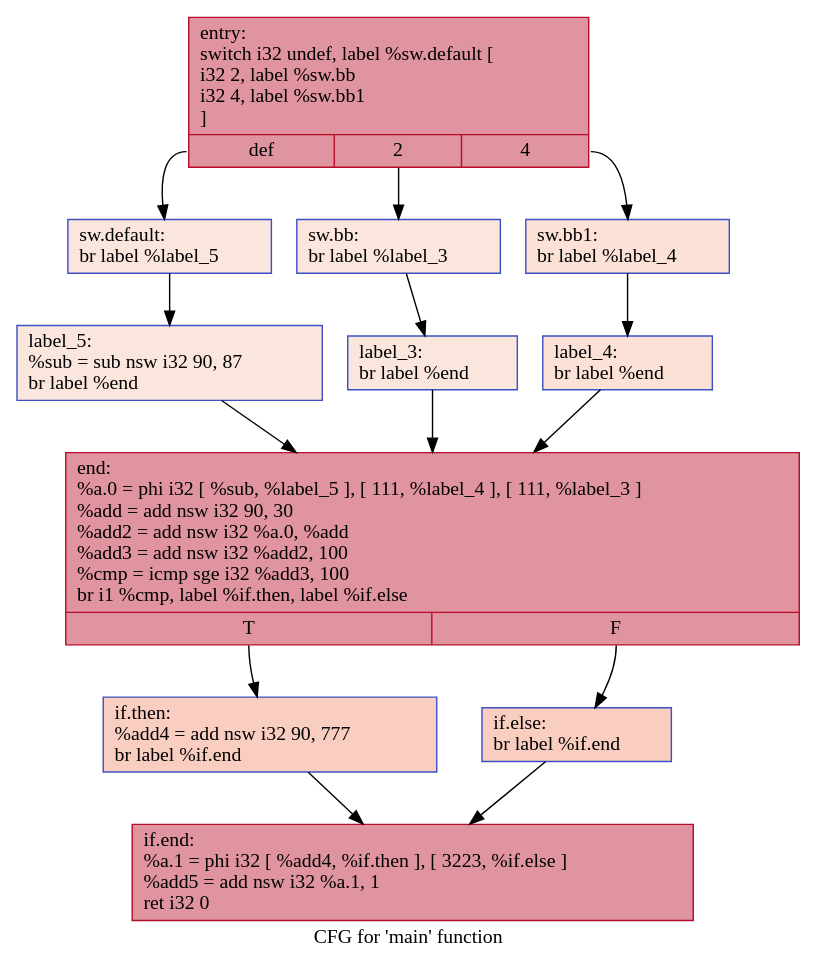
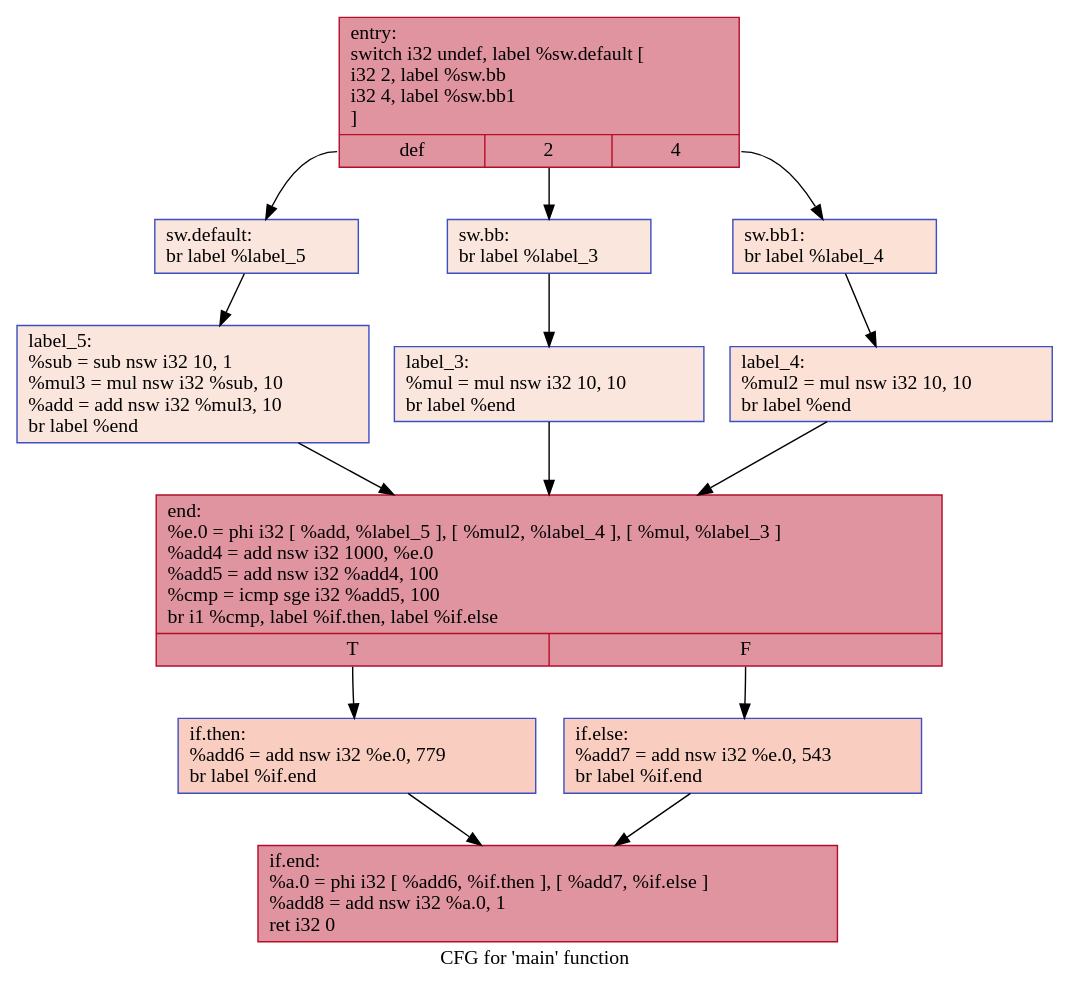
The diagram in IR/cfg/removeHPSSA.dot (HPSSA-LLVM/HPSSA-LLVM), drawn with Graphviz before and after one commit. The commit also changed 35 other files, not shown here.

```diff
--- a/IR/cfg/removeHPSSA.dot
+++ b/IR/cfg/removeHPSSA.dot
@@ -1,28 +1,28 @@
 digraph "CFG for 'main' function" {
 	label="CFG for 'main' function";
 
-	Node0x562cb1b97890 [shape=record,color="#b70d28ff", style=filled, fillcolor="#b70d2870",label="{entry:\l  switch i32 undef, label %sw.default [\l    i32 2, label %sw.bb\l    i32 4, label %sw.bb1\l  ]\l|{<s0>def|<s1>2|<s2>4}}"];
-	Node0x562cb1b97890:s0 -> Node0x562cb1b97df0;
-	Node0x562cb1b97890:s1 -> Node0x562cb1b97e70;
-	Node0x562cb1b97890:s2 -> Node0x562cb1b97f10;
-	Node0x562cb1b97e70 [shape=record,color="#3d50c3ff", style=filled, fillcolor="#f3c7b170",label="{sw.bb:                                            \l  br label %label_3\l}"];
-	Node0x562cb1b97e70 -> Node0x562cb1b980a0;
-	Node0x562cb1b97f10 [shape=record,color="#3d50c3ff", style=filled, fillcolor="#f7bca170",label="{sw.bb1:                                           \l  br label %label_4\l}"];
-	Node0x562cb1b97f10 -> Node0x562cb1b98180;
-	Node0x562cb1b97df0 [shape=record,color="#3d50c3ff", style=filled, fillcolor="#f3c7b170",label="{sw.default:                                       \l  br label %label_5\l}"];
-	Node0x562cb1b97df0 -> Node0x562cb1b98260;
-	Node0x562cb1b980a0 [shape=record,color="#3d50c3ff", style=filled, fillcolor="#f3c7b170",label="{label_3:                                          \l  br label %end\l}"];
-	Node0x562cb1b980a0 -> Node0x562cb1b98340;
-	Node0x562cb1b98180 [shape=record,color="#3d50c3ff", style=filled, fillcolor="#f7bca170",label="{label_4:                                          \l  br label %end\l}"];
-	Node0x562cb1b98180 -> Node0x562cb1b98340;
-	Node0x562cb1b98260 [shape=record,color="#3d50c3ff", style=filled, fillcolor="#f3c7b170",label="{label_5:                                          \l  %sub = sub nsw i32 90, 87\l  br label %end\l}"];
-	Node0x562cb1b98260 -> Node0x562cb1b98340;
-	Node0x562cb1b98340 [shape=record,color="#b70d28ff", style=filled, fillcolor="#b70d2870",label="{end:                                              \l  %a.0 = phi i32 [ %sub, %label_5 ], [ 111, %label_4 ], [ 111, %label_3 ]\l  %add = add nsw i32 90, 30\l  %add2 = add nsw i32 %a.0, %add\l  %add3 = add nsw i32 %add2, 100\l  %cmp = icmp sge i32 %add3, 100\l  br i1 %cmp, label %if.then, label %if.else\l|{<s0>T|<s1>F}}"];
-	Node0x562cb1b98340:s0 -> Node0x562cb1b98bf0;
-	Node0x562cb1b98340:s1 -> Node0x562cb1b98c60;
-	Node0x562cb1b98bf0 [shape=record,color="#3d50c3ff", style=filled, fillcolor="#f2907270",label="{if.then:                                          \l  %add4 = add nsw i32 90, 777\l  br label %if.end\l}"];
-	Node0x562cb1b98bf0 -> Node0x562cb1b98e60;
-	Node0x562cb1b98c60 [shape=record,color="#3d50c3ff", style=filled, fillcolor="#f2907270",label="{if.else:                                          \l  br label %if.end\l}"];
-	Node0x562cb1b98c60 -> Node0x562cb1b98e60;
-	Node0x562cb1b98e60 [shape=record,color="#b70d28ff", style=filled, fillcolor="#b70d2870",label="{if.end:                                           \l  %a.1 = phi i32 [ %add4, %if.then ], [ 3223, %if.else ]\l  %add5 = add nsw i32 %a.1, 1\l  ret i32 0\l}"];
+	Node0x5565d9053910 [shape=record,color="#b70d28ff", style=filled, fillcolor="#b70d2870",label="{entry:\l  switch i32 undef, label %sw.default [\l    i32 2, label %sw.bb\l    i32 4, label %sw.bb1\l  ]\l|{<s0>def|<s1>2|<s2>4}}"];
+	Node0x5565d9053910:s0 -> Node0x5565d9053e70;
+	Node0x5565d9053910:s1 -> Node0x5565d9053ef0;
+	Node0x5565d9053910:s2 -> Node0x5565d9053f90;
+	Node0x5565d9053ef0 [shape=record,color="#3d50c3ff", style=filled, fillcolor="#f3c7b170",label="{sw.bb:                                            \l  br label %label_3\l}"];
+	Node0x5565d9053ef0 -> Node0x5565d9054120;
+	Node0x5565d9053f90 [shape=record,color="#3d50c3ff", style=filled, fillcolor="#f7bca170",label="{sw.bb1:                                           \l  br label %label_4\l}"];
+	Node0x5565d9053f90 -> Node0x5565d9054200;
+	Node0x5565d9053e70 [shape=record,color="#3d50c3ff", style=filled, fillcolor="#f3c7b170",label="{sw.default:                                       \l  br label %label_5\l}"];
+	Node0x5565d9053e70 -> Node0x5565d90542e0;
+	Node0x5565d9054120 [shape=record,color="#3d50c3ff", style=filled, fillcolor="#f3c7b170",label="{label_3:                                          \l  %mul = mul nsw i32 10, 10\l  br label %end\l}"];
+	Node0x5565d9054120 -> Node0x5565d90544a0;
+	Node0x5565d9054200 [shape=record,color="#3d50c3ff", style=filled, fillcolor="#f7bca170",label="{label_4:                                          \l  %mul2 = mul nsw i32 10, 10\l  br label %end\l}"];
+	Node0x5565d9054200 -> Node0x5565d90544a0;
+	Node0x5565d90542e0 [shape=record,color="#3d50c3ff", style=filled, fillcolor="#f3c7b170",label="{label_5:                                          \l  %sub = sub nsw i32 10, 1\l  %mul3 = mul nsw i32 %sub, 10\l  %add = add nsw i32 %mul3, 10\l  br label %end\l}"];
+	Node0x5565d90542e0 -> Node0x5565d90544a0;
+	Node0x5565d90544a0 [shape=record,color="#b70d28ff", style=filled, fillcolor="#b70d2870",label="{end:                                              \l  %e.0 = phi i32 [ %add, %label_5 ], [ %mul2, %label_4 ], [ %mul, %label_3 ]\l  %add4 = add nsw i32 1000, %e.0\l  %add5 = add nsw i32 %add4, 100\l  %cmp = icmp sge i32 %add5, 100\l  br i1 %cmp, label %if.then, label %if.else\l|{<s0>T|<s1>F}}"];
+	Node0x5565d90544a0:s0 -> Node0x5565d9054e50;
+	Node0x5565d90544a0:s1 -> Node0x5565d9054ec0;
+	Node0x5565d9054e50 [shape=record,color="#3d50c3ff", style=filled, fillcolor="#f2907270",label="{if.then:                                          \l  %add6 = add nsw i32 %e.0, 779\l  br label %if.end\l}"];
+	Node0x5565d9054e50 -> Node0x5565d90550c0;
+	Node0x5565d9054ec0 [shape=record,color="#3d50c3ff", style=filled, fillcolor="#f2907270",label="{if.else:                                          \l  %add7 = add nsw i32 %e.0, 543\l  br label %if.end\l}"];
+	Node0x5565d9054ec0 -> Node0x5565d90550c0;
+	Node0x5565d90550c0 [shape=record,color="#b70d28ff", style=filled, fillcolor="#b70d2870",label="{if.end:                                           \l  %a.0 = phi i32 [ %add6, %if.then ], [ %add7, %if.else ]\l  %add8 = add nsw i32 %a.0, 1\l  ret i32 0\l}"];
 }
```
